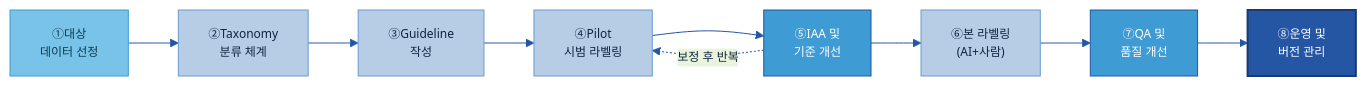
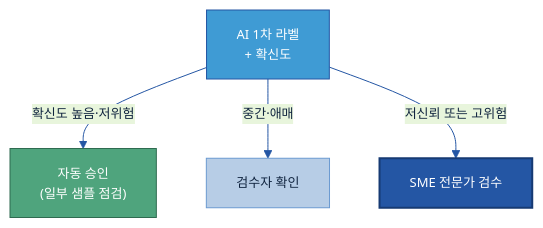
One commit to jin-kearney/ai-ready-data-manual changed the fourth of 6 diagrams in 가이드 작성/B-2 데이터 해설·주석/B-2 데이터 해설·주석.md. Above: the diagram before and after it, drawn with Mermaid. The commit also changed other lines of this file and 1 other file, not shown here.

````diff
--- a/가이드 작성/B-2 데이터 해설·주석/B-2 데이터 해설·주석.md
+++ b/가이드 작성/B-2 데이터 해설·주석/B-2 데이터 해설·주석.md
@@ -562,18 +459,12 @@
 ```mermaid
-%%{init: {'theme':'base','themeVariables':{'primaryColor':'#DCE8F5','primaryBorderColor':'#2456A4','primaryTextColor':'#10243f','lineColor':'#2456A4','fontSize':'12px'}}}%%
-flowchart LR
-    A1["①대상<br/>데이터 선정"]:::src
-    A2["②Taxonomy<br/>분류 체계"]:::n
-    A3["③Guideline<br/>작성"]:::n
-    A4["④Pilot<br/>시범 라벨링"]:::n
-    A5["⑤IAA 및<br/>기준 개선"]:::gate
-    A6["⑥본 라벨링<br/>(AI+사람)"]:::n
-    A7["⑦QA 및<br/>품질 개선"]:::gate
-    A8["⑧운영 및<br/>버전 관리"]:::cat
-    A1 --> A2 --> A3 --> A4 --> A5 --> A6 --> A7 --> A8
-    A5 -.보정 후 반복.-> A4
+%%{init: {'theme':'base','themeVariables':{'primaryColor':'#DCE8F5','primaryBorderColor':'#2456A4','primaryTextColor':'#10243f','lineColor':'#2456A4','fontSize':'13px'}}}%%
+flowchart TB
+    AI["AI 1차 라벨<br/>+ 확신도"]:::gate
+    AI -->|확신도 높음·저위험| AUTO["자동 승인<br/>(일부 샘플 점검)"]:::loop
+    AI -->|중간·애매| REV["검수자 확인"]:::n
+    AI -->|저신뢰 또는 고위험| SME["SME 전문가 검수"]:::cat
     classDef n fill:#B7CDE6,stroke:#6B9AD1,color:#10243f;
-    classDef src fill:#79C3E8,stroke:#3F9BD4,color:#0b3a52;
     classDef cat fill:#2456A4,color:#fff,stroke:#163a73,stroke-width:2px;
     classDef gate fill:#3F9BD4,stroke:#2456A4,color:#fff;
+    classDef loop fill:#4FA47D,stroke:#2f6b50,color:#fff;
 ```
````
